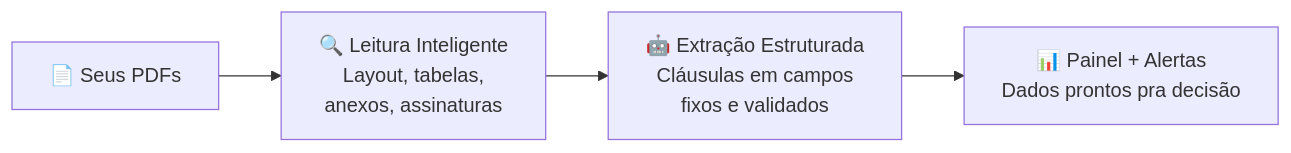
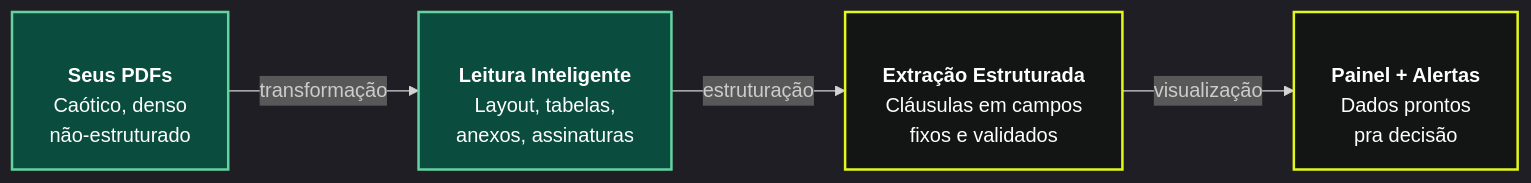
The diagram in slides.md (ramonferrari/slides-ia-contratacao), drawn with Mermaid before and after one commit. The commit also changed other lines of this file and 8 other files, not shown here.

````diff
--- a/slides.md
+++ b/slides.md
@@ -906,9 +932,22 @@
 ```mermaid
+%%{init: {'flowchart': {'curve': 'linear', 'htmlLabels': true}, 'theme': 'dark', 'themeVariables': {'primaryColor': '#131414', 'primaryBorderColor': '#63d3a1', 'secondBkgColor': '#1a1b1b', 'tertiaryColor': '#1a1b1b', 'fontFamily': 'Space Grotesk'}}}%%
 graph LR
-  A["📄 Seus PDFs"]
-  B["🔍 Leitura Inteligente<br/>Layout, tabelas,<br/>anexos, assinaturas"]
-  C["🤖 Extração Estruturada<br/>Cláusulas em campos<br/>fixos e validados"]
-  D["📊 Painel + Alertas<br/>Dados prontos pra decisão"]
+  A["<br/><b>Seus PDFs</b><br/>Caótico, denso<br/>não-estruturado"]
+  B["<br/><b>Leitura Inteligente</b><br/>Layout, tabelas,<br/>anexos, assinaturas"]
+  C["<br/><b>Extração Estruturada</b><br/>Cláusulas em campos<br/>fixos e validados"]
+  D["<br/><b>Painel + Alertas</b><br/>Dados prontos<br/>pra decisão"]
   
-  A --> B --> C --> D
+  A -->|transformação| B
+  B -->|estruturação| C
+  C -->|visualização| D
+  
+  classDef step1 stroke:#63d3a1,stroke-width:2px,color:#fff,fill:#0a4d3e,text-align:center
+  classDef step2 stroke:#63d3a1,stroke-width:2px,color:#fff,fill:#0a4d3e,text-align:center
+  classDef step3 stroke:#e2f81b,stroke-width:2px,color:#fff,fill:#131414,text-align:center
+  classDef step4 stroke:#e2f81b,stroke-width:2px,color:#fff,fill:#131414,text-align:center
+  
+  class A step1
+  class B step2
+  class C step3
+  class D step4
 ```
````
